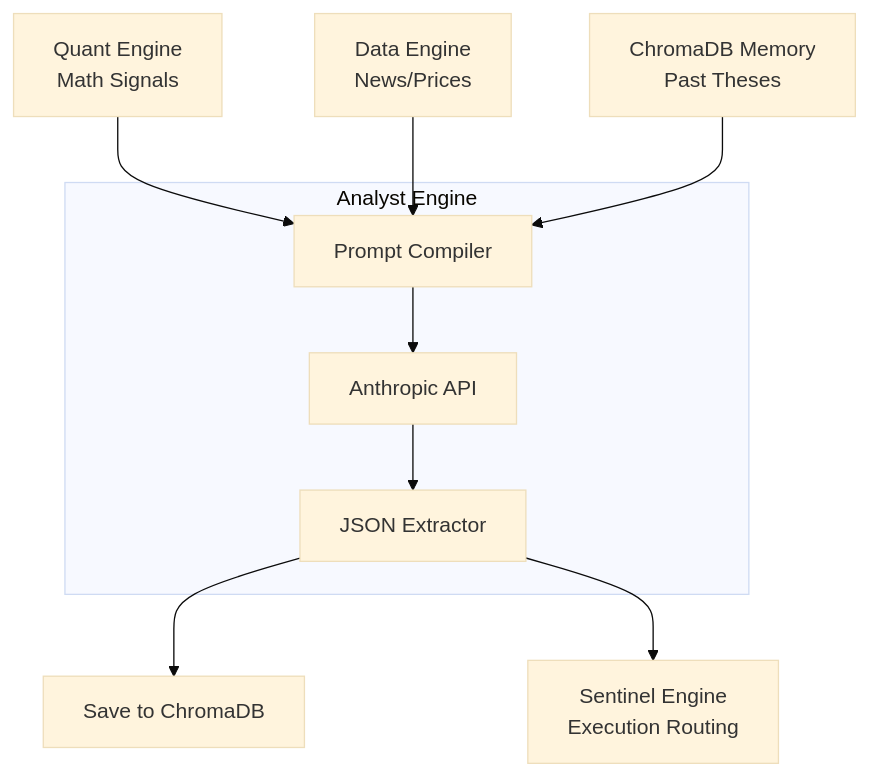
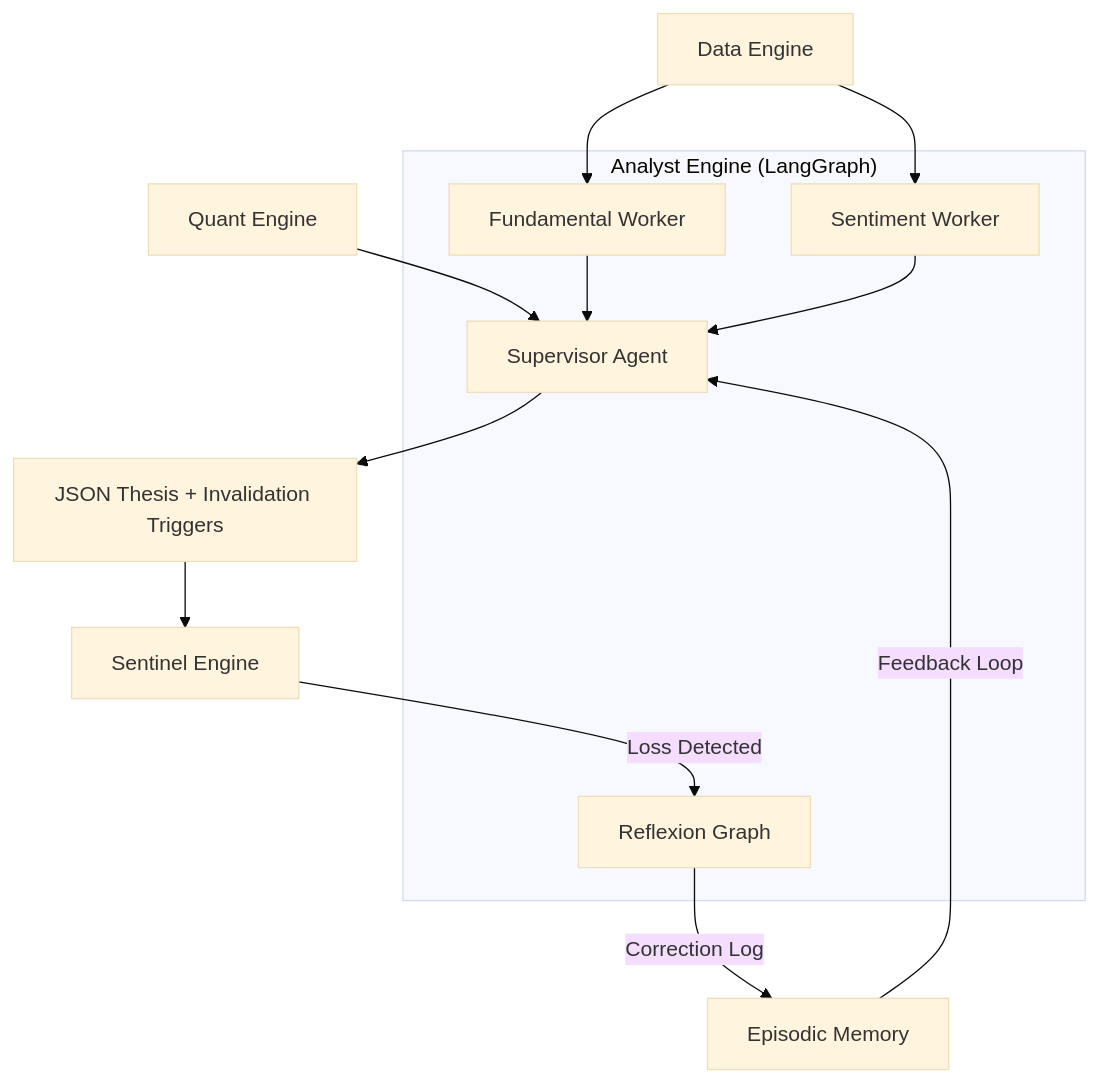
Before and after one commit to knabcd003/aegis: the diagram in docs/PHASE_3_PLAN.md, drawn with Mermaid (base theme). The commit also changed other lines of this file, not shown here.

Commit message:
docs: create advanced phase 3 analyst engine architecture blueprint

````diff
--- a/docs/PHASE_3_PLAN.md
+++ b/docs/PHASE_3_PLAN.md
@@ -55,14 +64,22 @@
 ```mermaid
 graph TD
-    QE[Quant Engine<br/>Math Signals] --> PROMPT
-    DE[Data Engine<br/>News/Prices] --> PROMPT
-    MEM[ChromaDB Memory<br/>Past Theses] --> PROMPT
-
-    subgraph AE["Analyst Engine"]
-        PROMPT[Prompt Compiler] --> CLAUDE[Anthropic API]
-        CLAUDE --> PARSER[JSON Extractor]
+    subgraph AE["Analyst Engine (LangGraph)"]
+        SUP[Supervisor Agent]
+        WORK1[Fundamental Worker]
+        WORK2[Sentiment Worker]
+        REFLEX[Reflexion Graph]
     end
 
-    PARSER --> DB_WRITE[Save to ChromaDB]
-    PARSER --> SE[Sentinel Engine<br/>Execution Routing]
+    QE[Quant Engine] --> SUP
+    DE[Data Engine] --> WORK1
+    DE --> WORK2
+    WORK1 --> SUP
+    WORK2 --> SUP
+    
+    SUP --> THESIS[JSON Thesis + Invalidation Triggers]
+    
+    THESIS --> SENTINEL[Sentinel Engine]
+    SENTINEL -->|Loss Detected| REFLEX
+    REFLEX -->|Correction Log| MEMORY[Episodic Memory]
+    MEMORY -->|Feedback Loop| SUP
 ```
````
